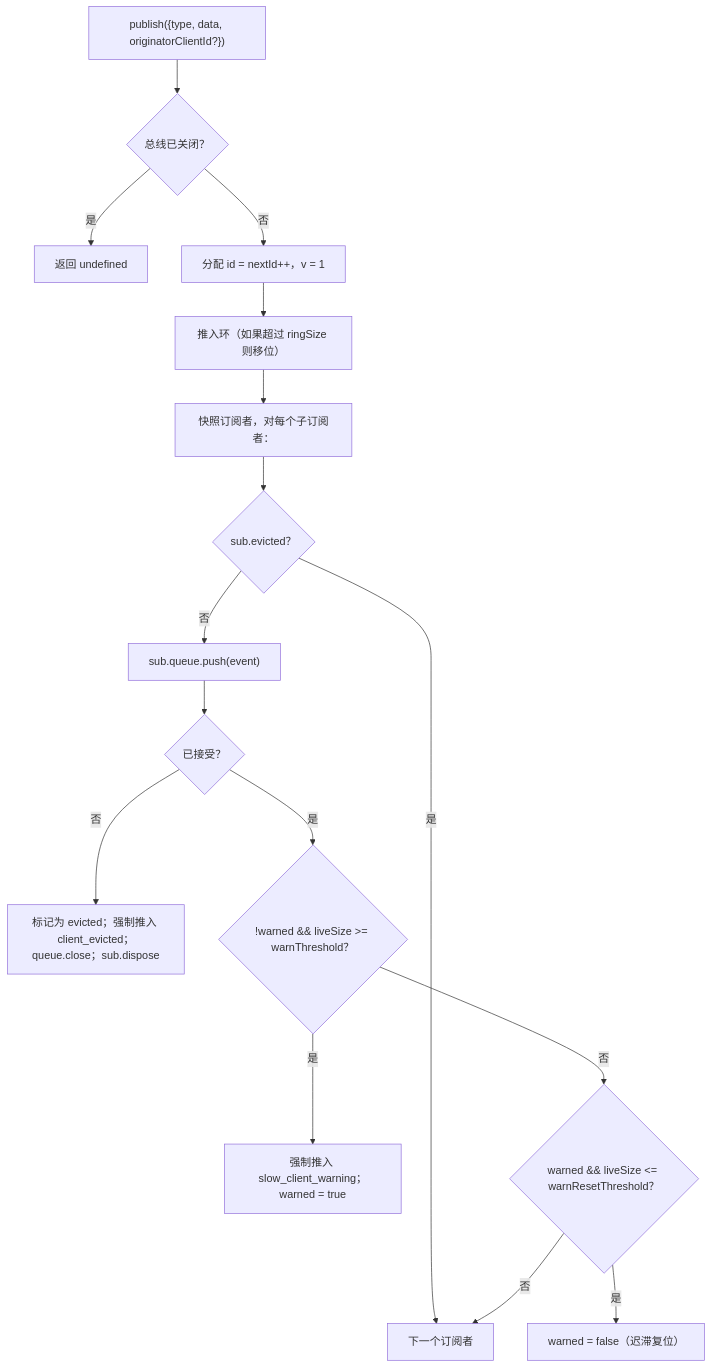
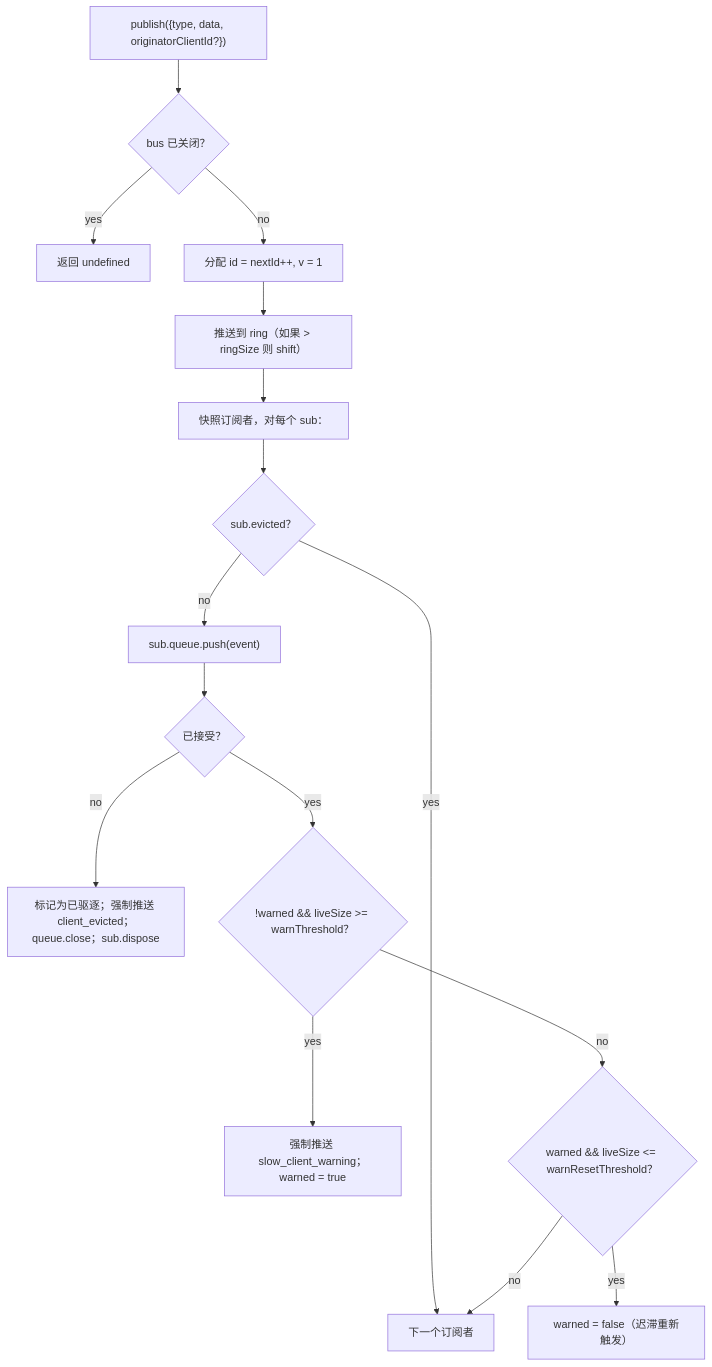
One commit to QwenLM/qwen-code-docs changed the first of 2 diagrams in website/content/zh/developers/daemon/10-event-bus.md. Above: the diagram before and after it, drawn with Mermaid. The commit also changed other lines of this file and 162 other files, not shown here.

````diff
--- a/website/content/zh/developers/daemon/10-event-bus.md
+++ b/website/content/zh/developers/daemon/10-event-bus.md
@@ -69,18 +70,18 @@
 ```mermaid
 flowchart TD
-    P["publish({type, data, originatorClientId?})"] --> C{"总线已关闭？"}
-    C -->|是| RU["返回 undefined"]
-    C -->|否| AID["分配 id = nextId++，v = 1"]
-    AID --> PR["推入环（如果超过 ringSize 则移位）"]
-    PR --> FAN["快照订阅者，对每个子订阅者："]
+    P["publish({type, data, originatorClientId?})"] --> C{"bus 已关闭？"}
+    C -->|yes| RU["返回 undefined"]
+    C -->|no| AID["分配 id = nextId++, v = 1"]
+    AID --> PR["推送到 ring（如果 > ringSize 则 shift）"]
+    PR --> FAN["快照订阅者，对每个 sub："]
     FAN --> EVCK{"sub.evicted？"}
-    EVCK -->|是| NEXT[下一个订阅者]
-    EVCK -->|否| PUSH["sub.queue.push(event)"]
+    EVCK -->|yes| NEXT[下一个订阅者]
+    EVCK -->|no| PUSH["sub.queue.push(event)"]
     PUSH --> OK{"已接受？"}
-    OK -->|否| EVICT["标记为 evicted；强制推入 client_evicted；queue.close；sub.dispose"]
-    OK -->|是| WARN{"!warned && liveSize >= warnThreshold？"}
-    WARN -->|是| FW["强制推入 slow_client_warning；warned = true"]
-    WARN -->|否| RES{"warned && liveSize <= warnResetThreshold？"}
-    RES -->|是| RA["warned = false（迟滞复位）"]
-    RES -->|否| NEXT
+    OK -->|no| EVICT["标记为已驱逐；强制推送 client_evicted；queue.close；sub.dispose"]
+    OK -->|yes| WARN{"!warned && liveSize >= warnThreshold？"}
+    WARN -->|yes| FW["强制推送 slow_client_warning；warned = true"]
+    WARN -->|no| RES{"warned && liveSize <= warnResetThreshold？"}
+    RES -->|yes| RA["warned = false（迟滞重新触发）"]
+    RES -->|no| NEXT
 ```
````
